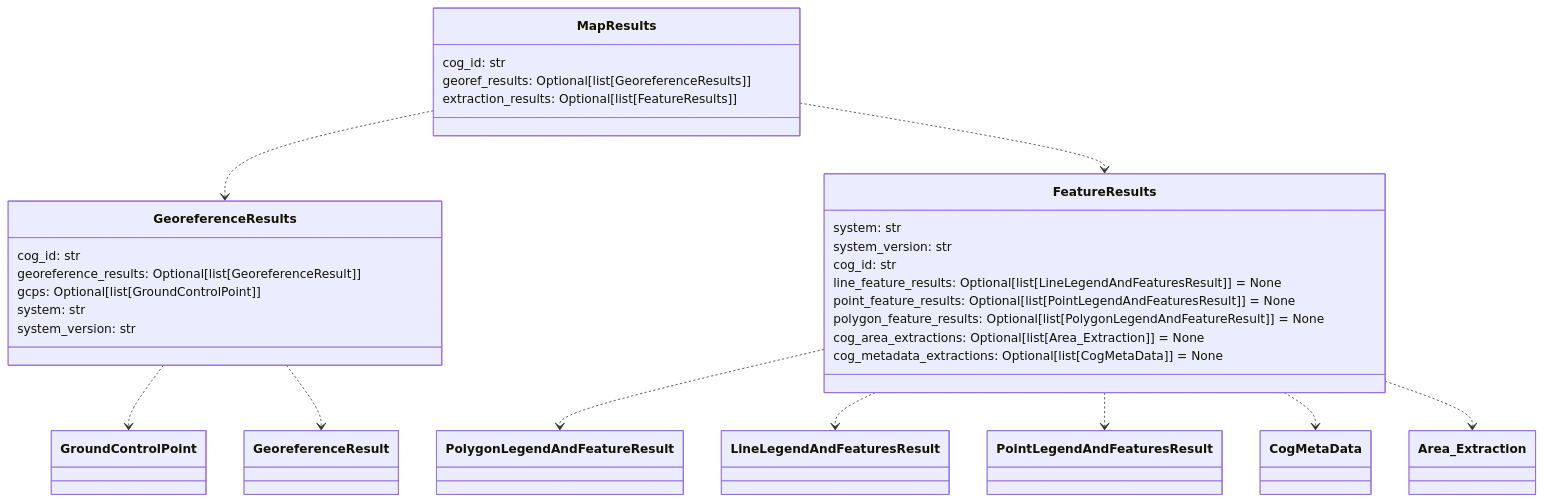
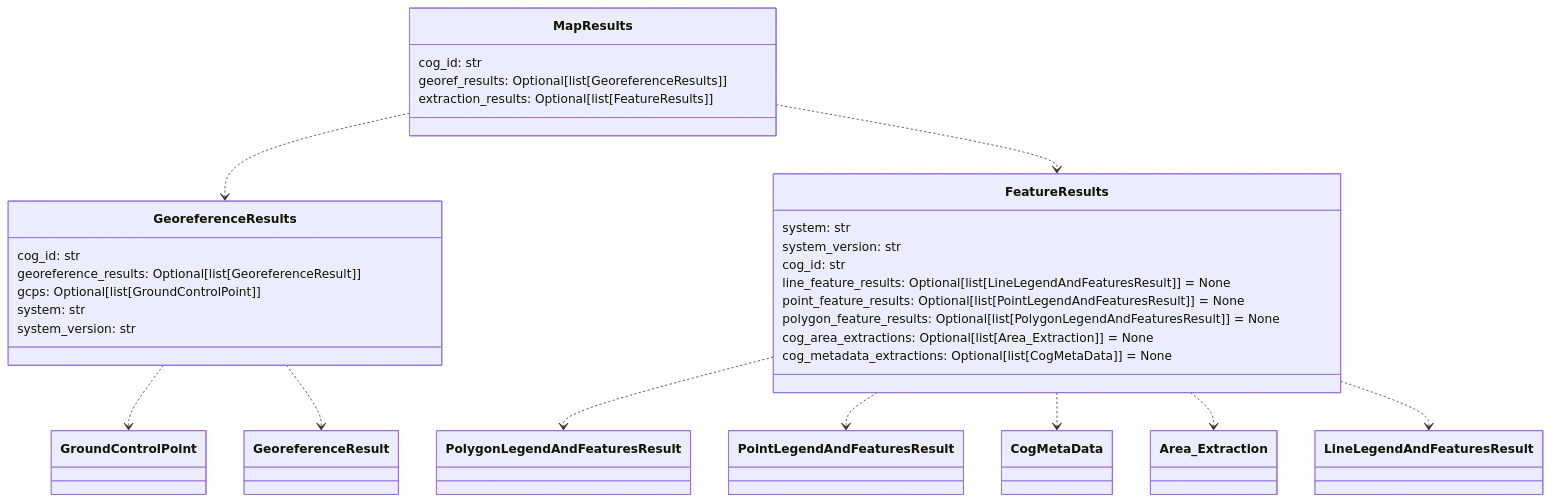
Diagram 11 of 12 in README.md (DARPA-CRITICALMAAS/cdr_schemas), drawn with Mermaid before and after one commit. The commit also changed other lines of this file, not shown here.

````diff
--- a/README.md
+++ b/README.md
@@ -942,40 +905,40 @@
 ```mermaid
 classDiagram
+
+    class MapResults {
+        cog_id: str
+        georef_results: Optional[list[GeoreferenceResults]]
+        extraction_results: Optional[list[FeatureResults]]
+    }
 
     class GeoreferenceResults {
         cog_id: str
         georeference_results: Optional[list[GeoreferenceResult]]
         gcps: Optional[list[GroundControlPoint]]
         system: str
         system_version: str
     }
 
-    class MapResults {
-        cog_id: str
-        georef_results: Optional[list[GeoreferenceResults]]
-        extraction_results: Optional[list[FeatureResults]]
-    }
-
     class FeatureResults {
         system: str
         system_version: str
         cog_id: str
         line_feature_results: Optional[list[LineLegendAndFeaturesResult]] = None
         point_feature_results: Optional[list[PointLegendAndFeaturesResult]] = None
-        polygon_feature_results: Optional[list[PolygonLegendAndFeatureResult]] = None
+        polygon_feature_results: Optional[list[PolygonLegendAndFeaturesResult]] = None
         cog_area_extractions: Optional[list[Area_Extraction]] = None
         cog_metadata_extractions: Optional[list[CogMetaData]] = None
     }
 
-    FeatureResults ..> PolygonLegendAndFeatureResult
-    FeatureResults ..> LineLegendAndFeaturesResult
+    FeatureResults ..> PolygonLegendAndFeaturesResult
     FeatureResults ..> PointLegendAndFeaturesResult
     FeatureResults ..> CogMetaData
     FeatureResults ..> Area_Extraction
+    FeatureResults ..> LineLegendAndFeaturesResult
     GeoreferenceResults ..> GroundControlPoint
     GeoreferenceResults ..> GeoreferenceResult
     MapResults ..> GeoreferenceResults
     MapResults ..> FeatureResults
 
 
 ```
````
